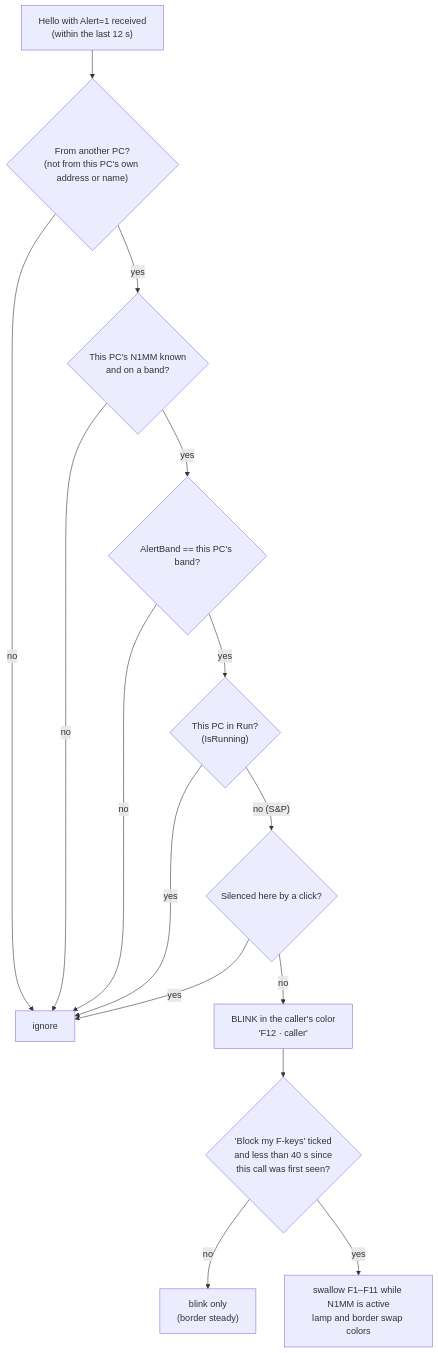
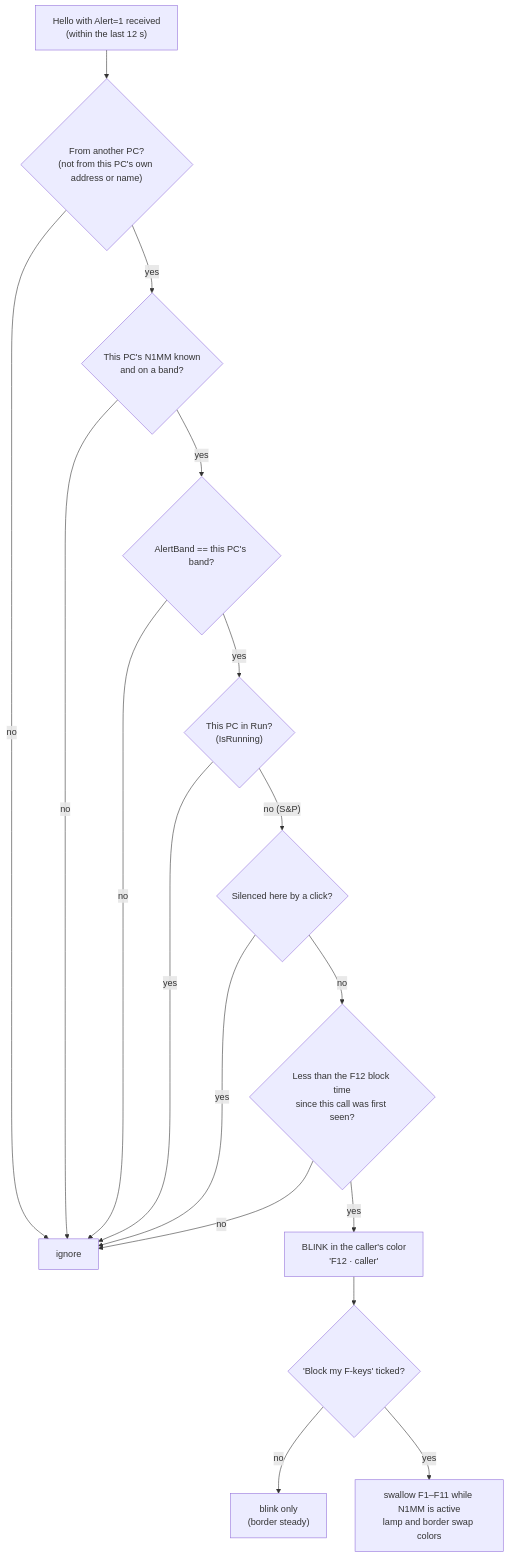
The fifth of 7 diagrams in docs/COMMUNICATION.md (s55oo/N1MMPingPong), drawn with Mermaid before and after one commit. The commit also changed other lines of this file and 3 other files, not shown here.

First line of the commit message:
v1.44: F12 call ends after the block time; block time 1-30 s

````diff
--- a/docs/COMMUNICATION.md
+++ b/docs/COMMUNICATION.md
@@ -228,17 +230,19 @@
 ```mermaid
 flowchart TD
     A["Hello with Alert=1 received<br/>(within the last 12 s)"] --> B{"From another PC?<br/>(not from this PC's own address or name)"}
     B -- no --> X["ignore"]
     B -- yes --> C{"This PC's N1MM known<br/>and on a band?"}
     C -- no --> X
     C -- yes --> D{"AlertBand == this PC's band?"}
     D -- no --> X
     D -- yes --> E{"This PC in Run?<br/>(IsRunning)"}
     E -- yes --> X
     E -- "no (S&P)" --> F{"Silenced here by a click?"}
     F -- yes --> X
-    F -- no --> G["BLINK in the caller's color<br/>'F12 · caller'"]
-    G --> H{"'Block my F-keys' ticked<br/>and less than 40 s since<br/>this call was first seen?"}
+    F -- no --> T{"Less than the F12 block time<br/>since this call was first seen?"}
+    T -- no --> X
+    T -- yes --> G["BLINK in the caller's color<br/>'F12 · caller'"]
+    G --> H{"'Block my F-keys' ticked?"}
     H -- no --> I["blink only<br/>(border steady)"]
     H -- yes --> J["swallow F1–F11 while N1MM is active<br/>lamp and border swap colors"]
 ```
````
